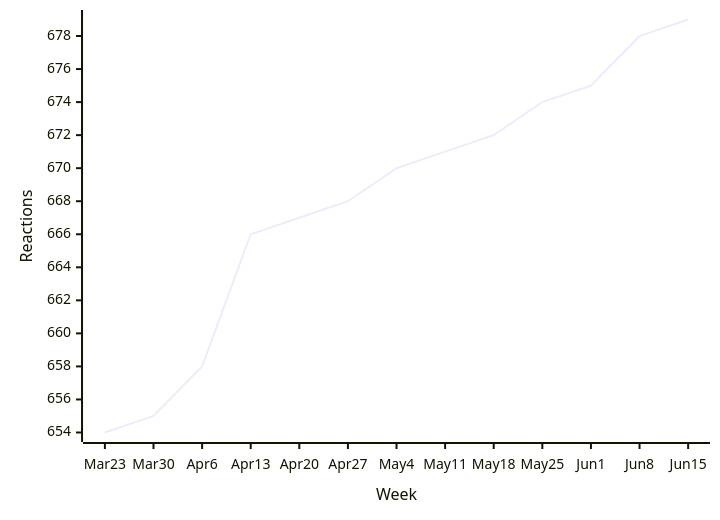
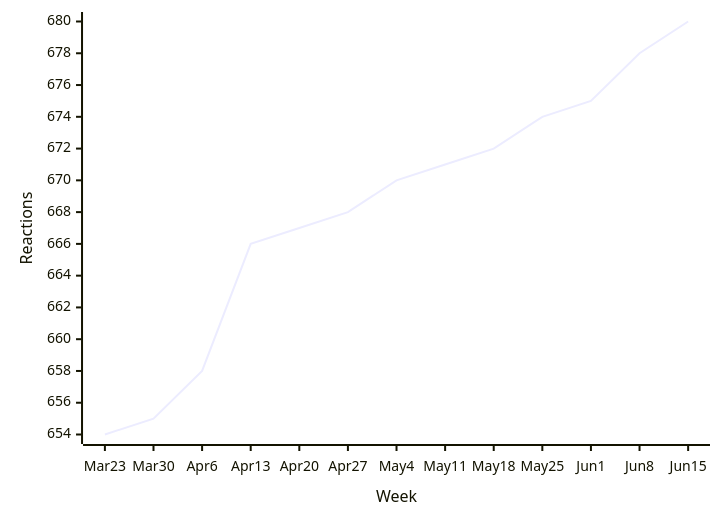
Before and after one commit to loic-sharma/github-insights: the fifth of 49 diagrams in README.md, drawn with Mermaid. The commit also changed other lines of this file and 3 other files, not shown here.

````diff
--- a/README.md
+++ b/README.md
@@ -407,6 +407,6 @@
   ```mermaid
   xychart-beta
     x-axis "Week" [Mar 23, Mar 30, Apr 6, Apr 13, Apr 20, Apr 27, May 4, May 11, May 18, May 25, Jun 1, Jun 8, Jun 15]
     y-axis "Reactions"
-    line [654, 655, 658, 666, 667, 668, 670, 671, 672, 674, 675, 678, 679]
+    line [654, 655, 658, 666, 667, 668, 670, 671, 672, 674, 675, 678, 680]
   ```
````
